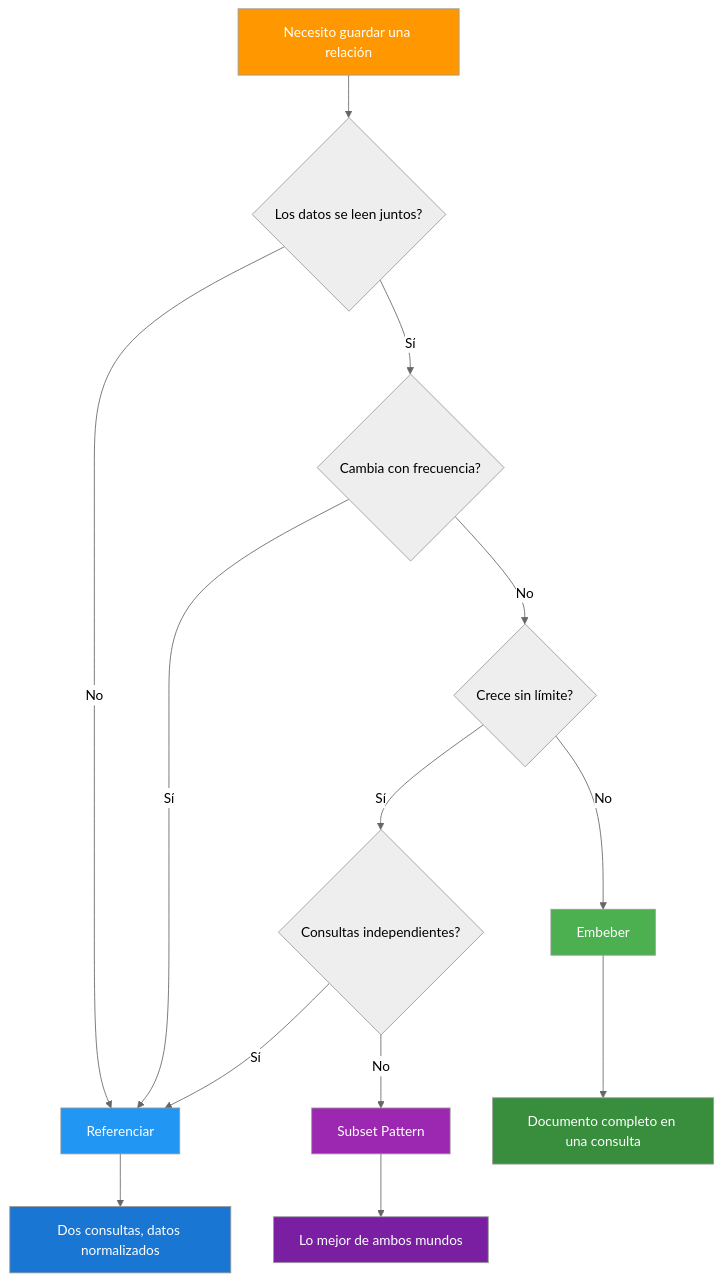
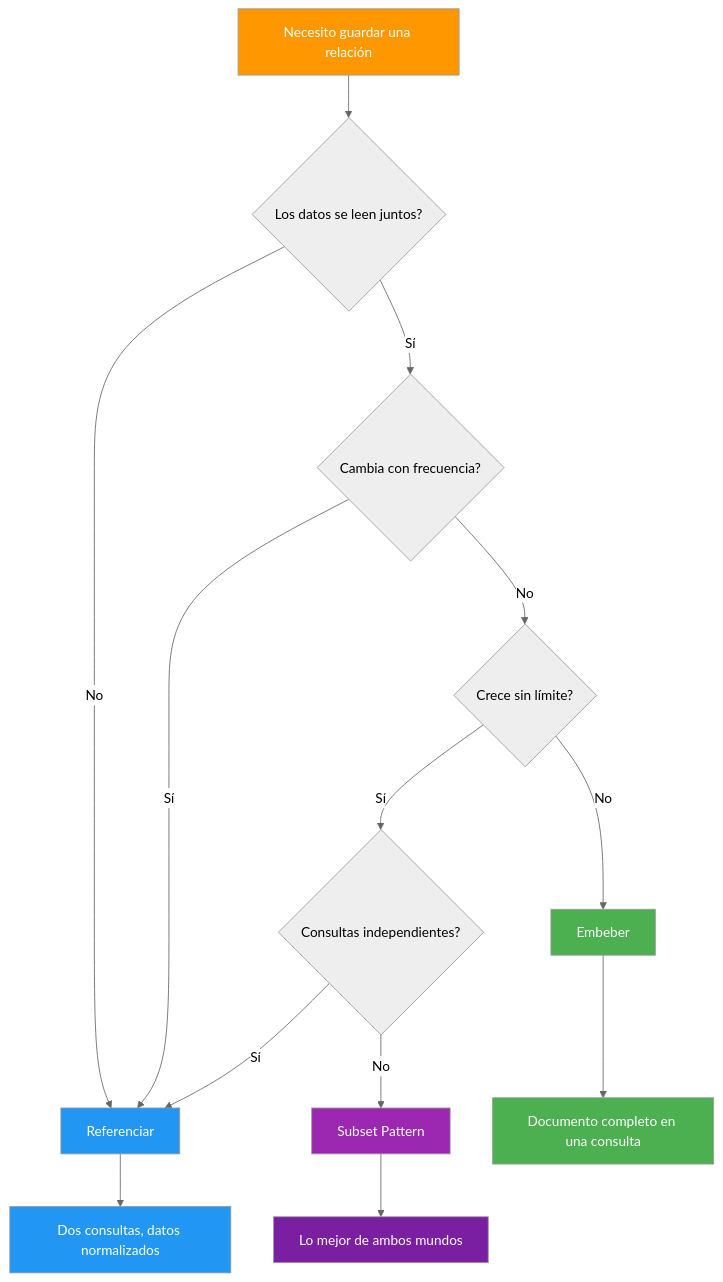
The second of 7 diagrams in 13-mongodb.md (joseluisgs/DesarrolloWebEntornosServidor-02-2026-2027), drawn with Mermaid (neutral theme) before and after one commit. The commit also changed other lines of this file and 15 other files, not shown here.

````diff
--- a/13-mongodb.md
+++ b/13-mongodb.md
@@ -203,27 +203,27 @@
 ```mermaid
 graph TD
     START[Necesito guardar una relación] --> Q1{Los datos se leen juntos?}
     Q1 -->|Sí| Q2{Cambia con frecuencia?}
     Q1 -->|No| REF[Referenciar]
 
     Q2 -->|No| Q3{Crece sin límite?}
     Q2 -->|Sí| REF
 
     Q3 -->|No| EMB[Embeber]
     Q3 -->|Sí| Q4{Consultas independientes?}
 
     Q4 -->|Sí| REF
     Q4 -->|No| SUBSET[Subset Pattern]
 
     EMB --> OK[Documento completo en una consulta]
     REF --> OK2[Dos consultas, datos normalizados]
     SUBSET --> OK3[Lo mejor de ambos mundos]
 
     style START fill:#FF9800,color:#fff
     style EMB fill:#4CAF50,color:#fff
     style REF fill:#2196F3,color:#fff
     style SUBSET fill:#9C27B0,color:#fff
-    style OK fill:#388E3C,color:#fff
-    style OK2 fill:#1976D2,color:#fff
+    style OK fill:#4CAF50,color:#fff
+    style OK2 fill:#2196F3,color:#fff
     style OK3 fill:#7B1FA2,color:#fff
 ```
````
